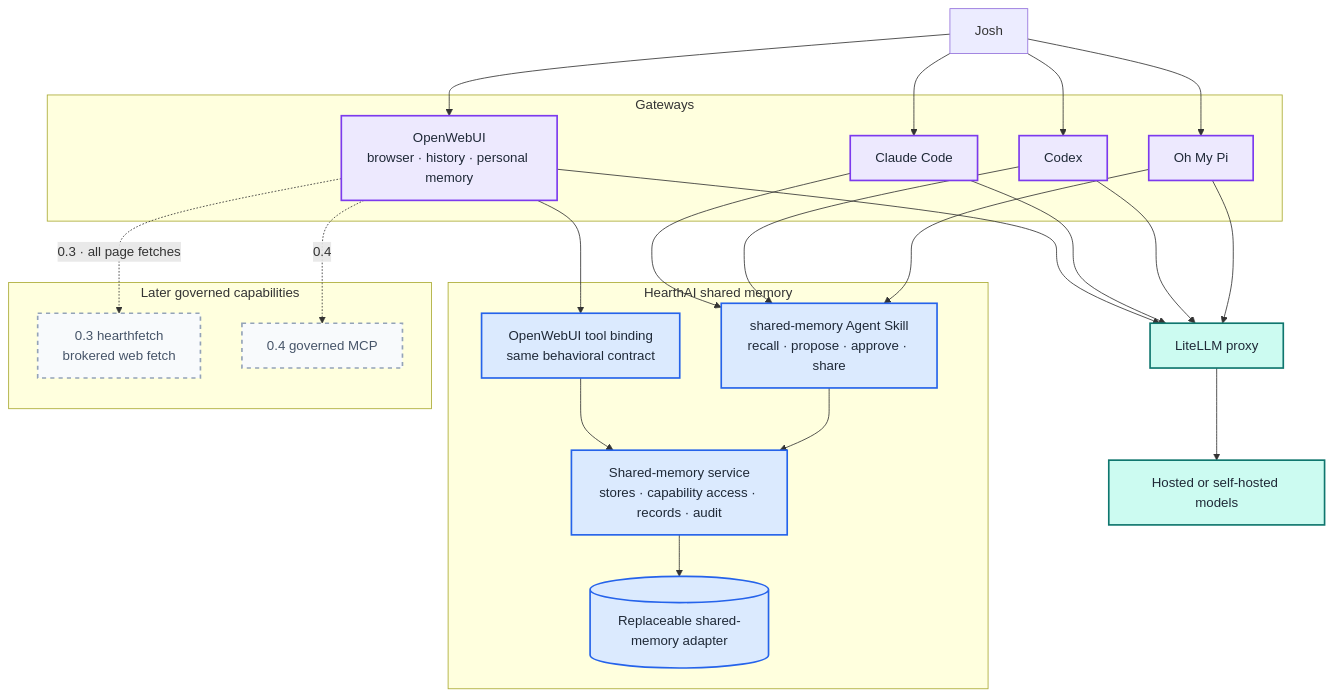
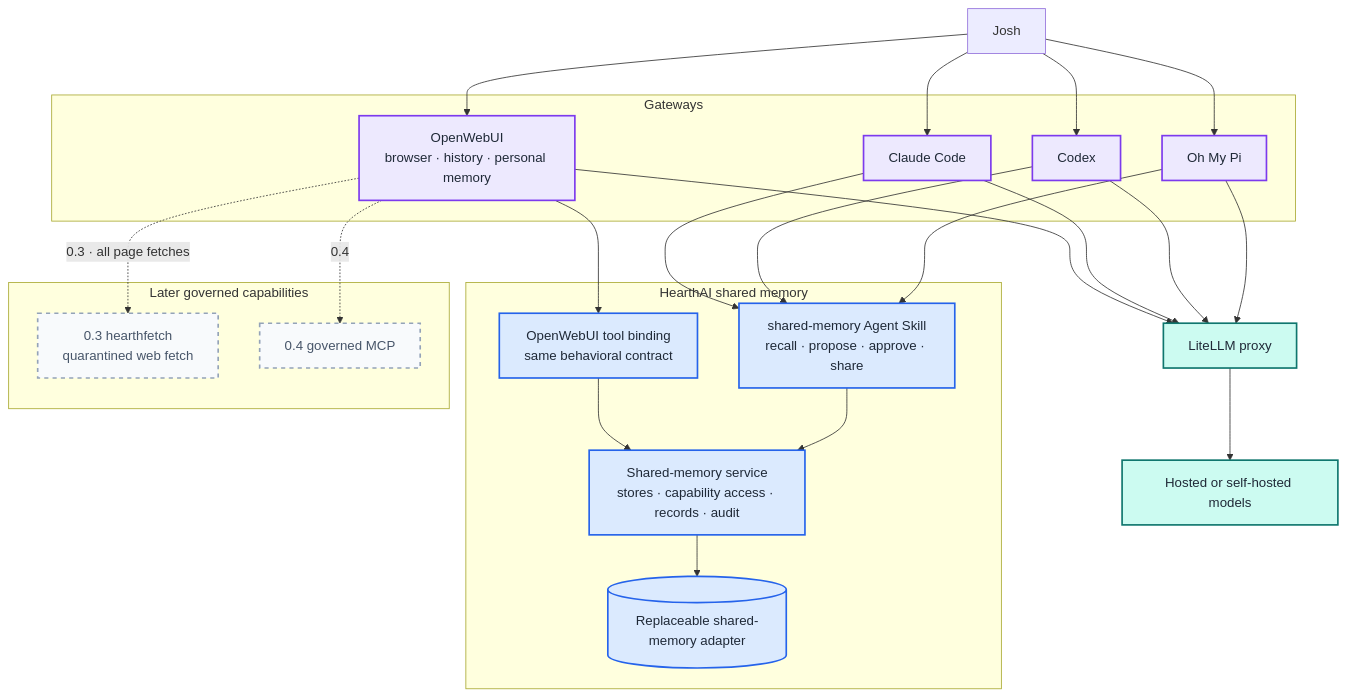
The first of 6 diagrams in docs/ARCHITECTURE.md (jokajak/hearthai), drawn with Mermaid before and after one commit. The commit also changed other lines of this file and 4 other files, not shown here.

````diff
--- a/docs/ARCHITECTURE.md
+++ b/docs/ARCHITECTURE.md
@@ -22,58 +22,58 @@
 ```mermaid
 flowchart TB
     USER["Josh"]
 
     subgraph GATEWAYS["Gateways"]
         OW["OpenWebUI<br/>browser · history · personal memory"]
         CC["Claude Code"]
         CX["Codex"]
         OMP["Oh My Pi"]
     end
 
     subgraph MEMORY["HearthAI shared memory"]
         SKILL["shared-memory Agent Skill<br/>recall · propose · approve · share"]
         OWADAPTER["OpenWebUI tool binding<br/>same behavioral contract"]
         SERVICE["Shared-memory service<br/>stores · capability access · records · audit"]
         STORE[("Replaceable shared-memory adapter")]
     end
 
     subgraph LATER["Later governed capabilities"]
-        FETCH["0.3 hearthfetch<br/>brokered web fetch"]
+        FETCH["0.3 hearthfetch<br/>quarantined web fetch"]
         MCP["0.4 governed MCP"]
     end
 
     LITELLM["LiteLLM proxy"]
     MODELS["Hosted or self-hosted models"]
 
     USER --> OW
     USER --> CC
     USER --> CX
     USER --> OMP
 
     OW --> LITELLM
     CC --> LITELLM
     CX --> LITELLM
     OMP --> LITELLM
     LITELLM --> MODELS
 
     OW --> OWADAPTER
     CC --> SKILL
     CX --> SKILL
     OMP --> SKILL
     OWADAPTER --> SERVICE
     SKILL --> SERVICE
     SERVICE --> STORE
 
     OW -. "0.3 · all page fetches" .-> FETCH
     OW -. "0.4" .-> MCP
 
     classDef gateway fill:#ede9fe,stroke:#7c3aed,stroke-width:2px,color:#1f2937
     classDef memory fill:#dbeafe,stroke:#2563eb,stroke-width:2px,color:#1f2937
     classDef platform fill:#ccfbf1,stroke:#0f766e,stroke-width:2px,color:#1f2937
     classDef deferred fill:#f8fafc,stroke:#94a3b8,stroke-width:2px,stroke-dasharray:5 5,color:#475569
 
     class OW,CC,CX,OMP gateway
     class SKILL,OWADAPTER,SERVICE,STORE memory
     class LITELLM,MODELS platform
     class FETCH,MCP deferred
 ```
````
